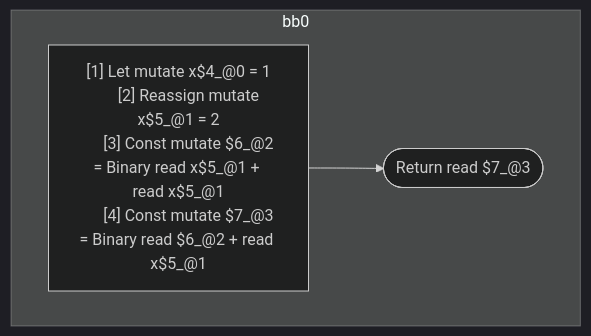
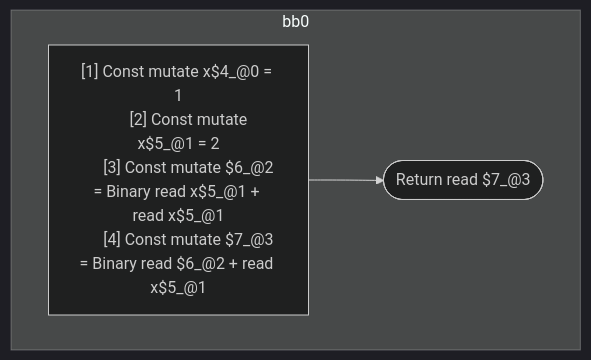
Before and after one commit to wutsmog/private: the diagram in compiler/forget/src/__tests__/fixtures/hir/_bug_expression-with-assignment.expect.md, drawn with Mermaid (dark theme). The commit also changed other lines of this file and 61 other files, not shown here.

````diff
--- a/compiler/forget/src/__tests__/fixtures/hir/_bug_expression-with-assignment.expect.md
+++ b/compiler/forget/src/__tests__/fixtures/hir/_bug_expression-with-assignment.expect.md
@@ -33,16 +33,16 @@
 ```mermaid
 flowchart TB
   %% Basic Blocks
   subgraph bb0
     bb0_instrs["
-      [1] Let mutate x$4_@0 = 1
-      [2] Reassign mutate x$5_@1 = 2
+      [1] Const mutate x$4_@0 = 1
+      [2] Const mutate x$5_@1 = 2
       [3] Const mutate $6_@2 = Binary read x$5_@1 + read x$5_@1
       [4] Const mutate $7_@3 = Binary read $6_@2 + read x$5_@1
     "]
     bb0_instrs --> bb0_terminal(["Return read $7_@3"])
   end
 
   %% Jumps
   %% empty
 ```
````
